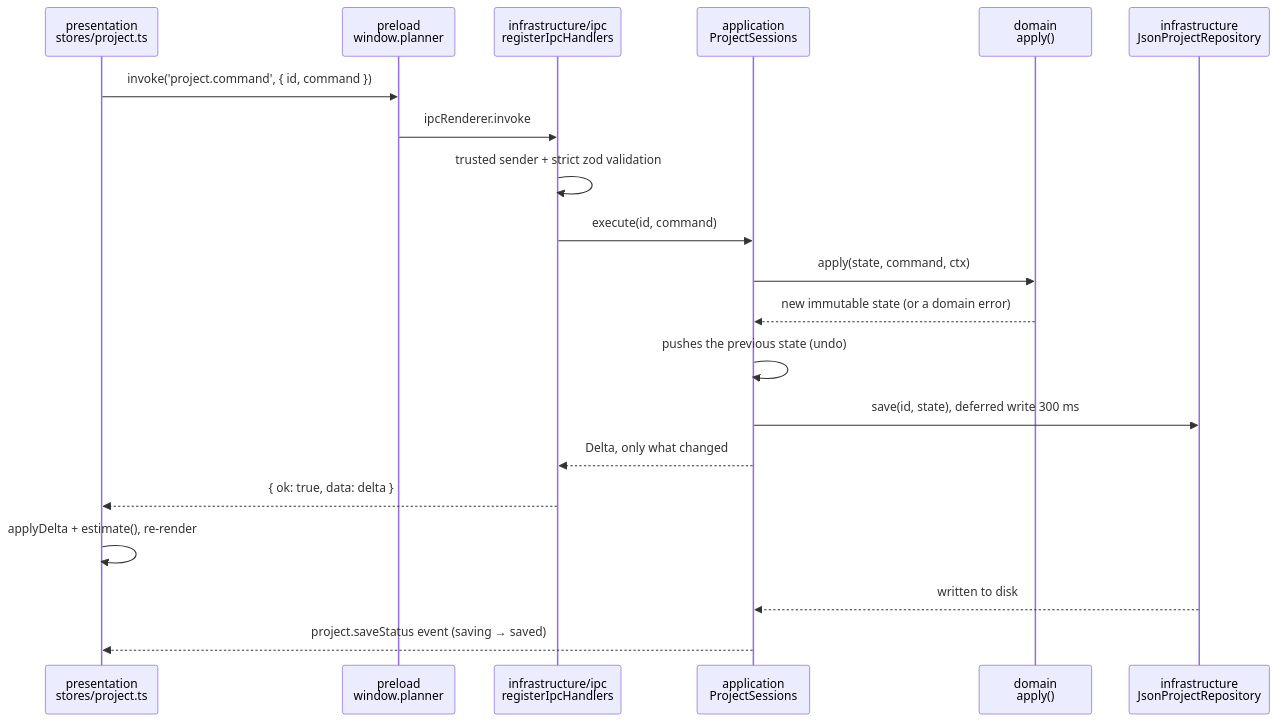
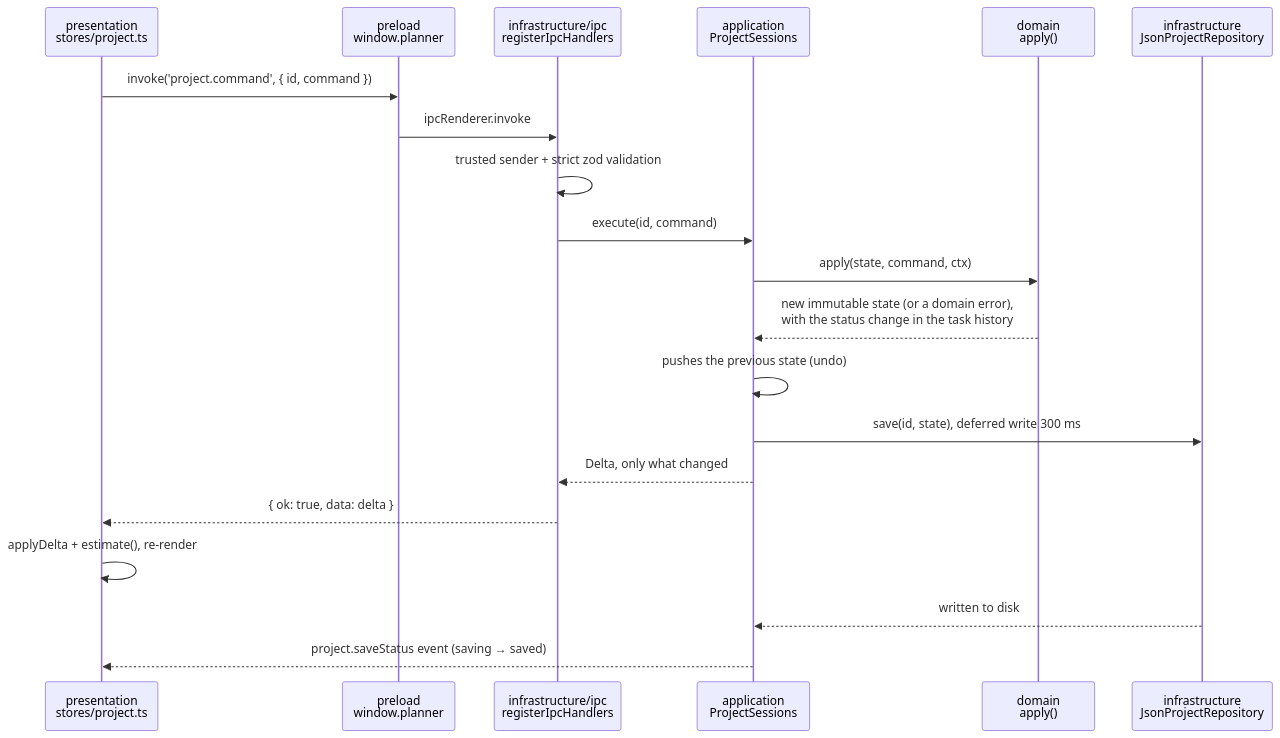
Before and after one commit to DanielCC-1998/Planner-Orquestador: the second of 2 diagrams in README.md, drawn with Mermaid. The commit also changed other lines of this file and 118 other files, not shown here.

````diff
--- a/README.md
+++ b/README.md
@@ -447,22 +500,22 @@
 ```mermaid
 sequenceDiagram
   participant UI as presentation<br/>stores/project.ts
   participant P as preload<br/>window.planner
   participant H as infrastructure/ipc<br/>registerIpcHandlers
   participant S as application<br/>ProjectSessions
   participant D as domain<br/>apply()
   participant R as infrastructure<br/>JsonProjectRepository
   UI->>P: invoke('project.command', { id, command })
   P->>H: ipcRenderer.invoke
   H->>H: trusted sender + strict zod validation
   H->>S: execute(id, command)
   S->>D: apply(state, command, ctx)
-  D-->>S: new immutable state (or a domain error)
+  D-->>S: new immutable state (or a domain error),<br/>with the status change in the task history
   S->>S: pushes the previous state (undo)
   S->>R: save(id, state), deferred write 300 ms
   S-->>H: Delta, only what changed
   H-->>UI: { ok: true, data: delta }
   UI->>UI: applyDelta + estimate(), re-render
   R-->>S: written to disk
   S-->>UI: project.saveStatus event (saving → saved)
 ```
````
